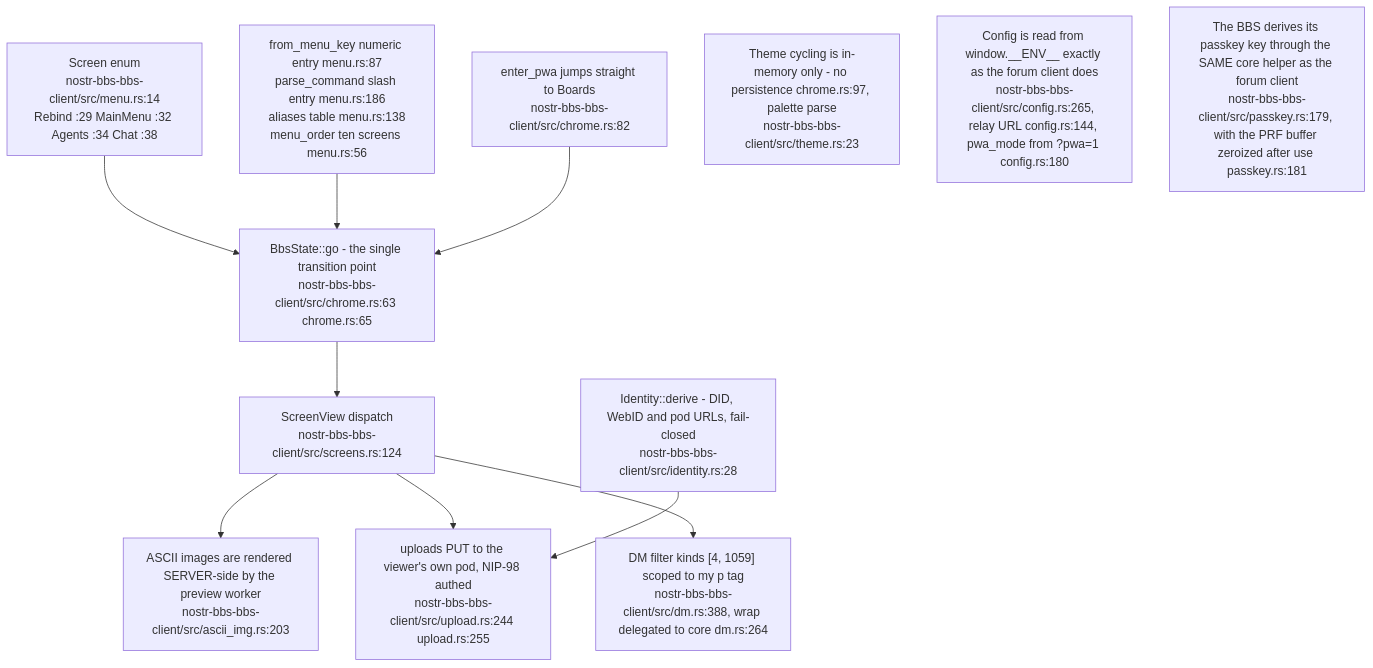
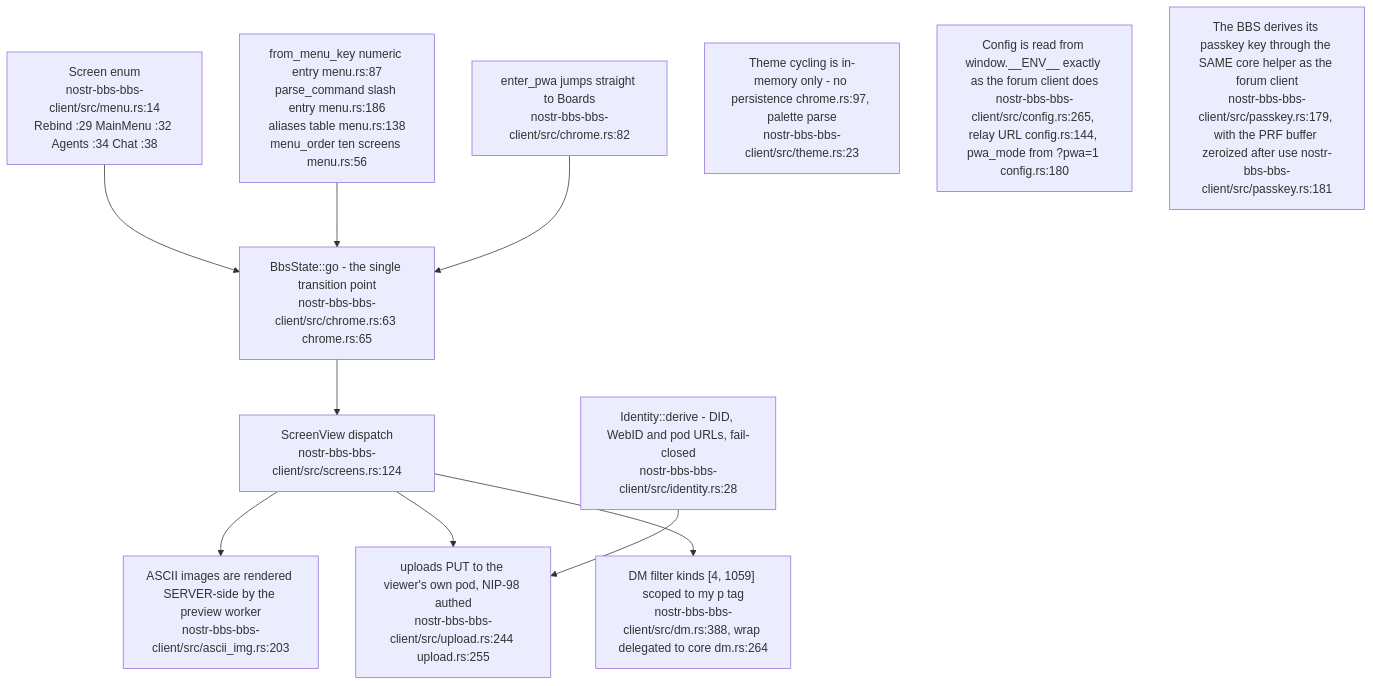
Before and after one commit to DreamLab-AI/VisionFlow: diagram 12 of 12 in docs/diagrams/nostr-rust-forum/05-leptos-clients-onboarding-messaging-governance.md, drawn with Mermaid. The commit also changed other lines of this file and 185 other files, not shown here.

Commit message:
docs(estate): reconcile diagrams and ADRs with source and define closeout sprint

````diff
--- a/docs/diagrams/nostr-rust-forum/05-leptos-clients-onboarding-messaging-governance.md
+++ b/docs/diagrams/nostr-rust-forum/05-leptos-clients-onboarding-messaging-governance.md
@@ -346,22 +350,22 @@
 ```mermaid
 flowchart TB
     ENUM["Screen enum<br/>nostr-bbs-bbs-client/src/menu.rs:14<br/>Rebind :29 MainMenu :32 Agents :34 Chat :38"]
     GO["BbsState::go - the single transition point<br/>nostr-bbs-bbs-client/src/chrome.rs:63 chrome.rs:65"]
     KEYS["from_menu_key numeric entry menu.rs:87<br/>parse_command slash entry menu.rs:186<br/>aliases table menu.rs:138<br/>menu_order ten screens menu.rs:56"]
     VIEW["ScreenView dispatch<br/>nostr-bbs-bbs-client/src/screens.rs:124"]
     PWAENTER["enter_pwa jumps straight to Boards<br/>nostr-bbs-bbs-client/src/chrome.rs:82"]
     ASCII["ASCII images are rendered SERVER-side by the preview worker<br/>nostr-bbs-bbs-client/src/ascii_img.rs:203"]
     UP["uploads PUT to the viewer's own pod, NIP-98 authed<br/>nostr-bbs-bbs-client/src/upload.rs:244 upload.rs:255"]
     IDENT["Identity::derive - DID, WebID and pod URLs, fail-closed<br/>nostr-bbs-bbs-client/src/identity.rs:28"]
     DMB["DM filter kinds [4, 1059] scoped to my p tag<br/>nostr-bbs-bbs-client/src/dm.rs:388, wrap delegated to core dm.rs:264"]
 
     ENUM --> GO --> VIEW
     KEYS --> GO
     PWAENTER --> GO
     VIEW --> ASCII & UP & DMB
     IDENT --> UP
 
     N1["Theme cycling is in-memory only - no persistence chrome.rs:97, palette parse<br/>nostr-bbs-bbs-client/src/theme.rs:23"]
     N2["Config is read from window.__ENV__ exactly as the forum client does<br/>nostr-bbs-bbs-client/src/config.rs:265, relay URL config.rs:144, pwa_mode from ?pwa=1 config.rs:180"]
-    N3["The BBS derives its passkey key through the SAME core helper as the forum client<br/>nostr-bbs-bbs-client/src/passkey.rs:179, with the PRF buffer zeroized after use passkey.rs:181"]
+    N3["The BBS derives its passkey key through the SAME core helper as the forum client<br/>nostr-bbs-bbs-client/src/passkey.rs:179, with the PRF buffer zeroized after use nostr-bbs-bbs-client/src/passkey.rs:181"]
 ```
````
